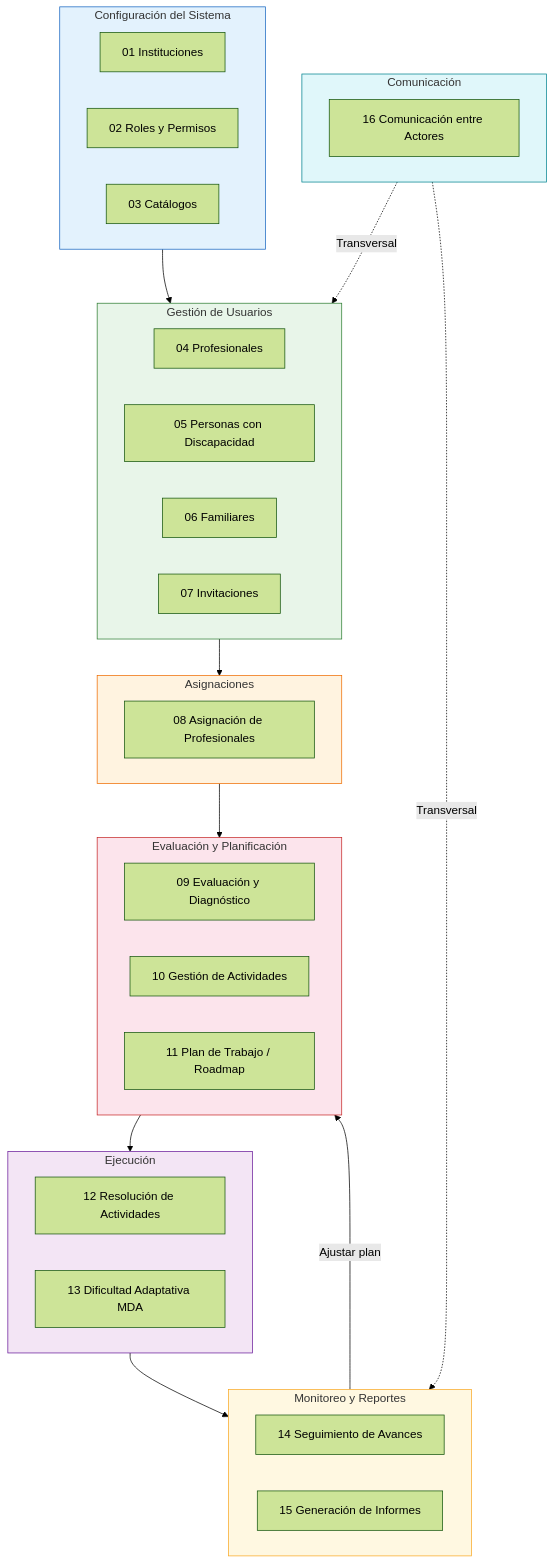
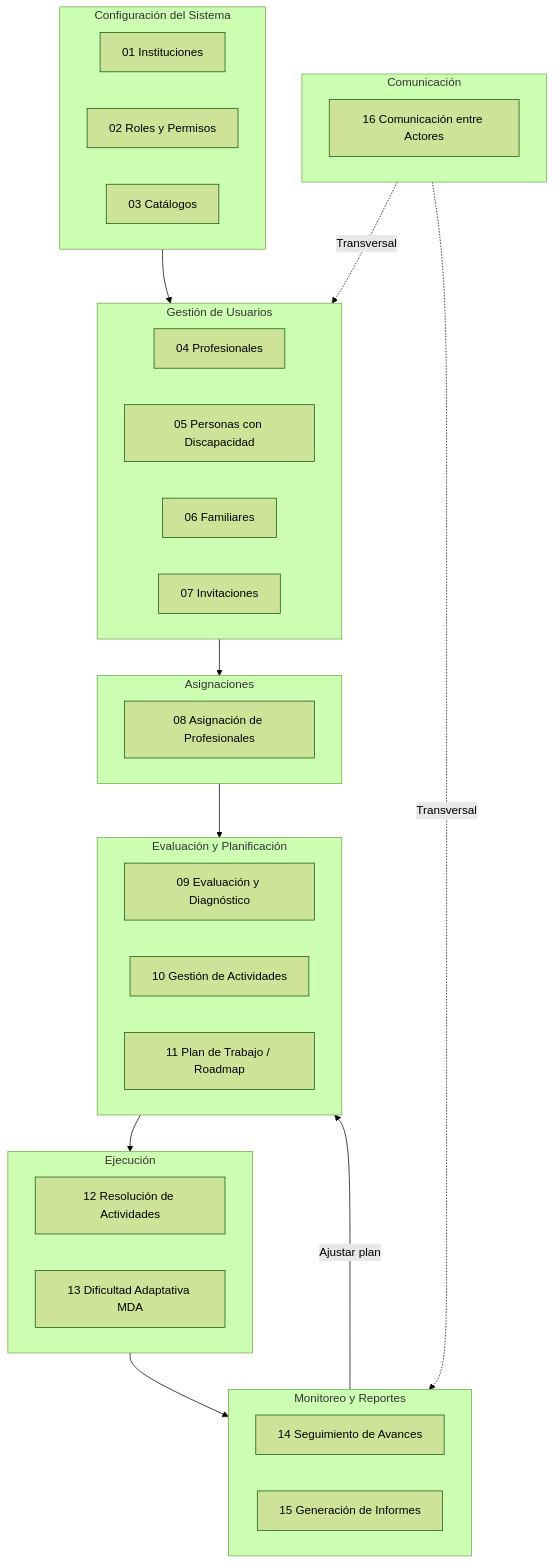
One commit to Sacha-html/InclusiON changed the first of 6 diagrams in Process/00-mapa-global-procesos.md. Above: the diagram before and after it, drawn with Mermaid (forest theme). The commit also changed other lines of this file and 32 other files, not shown here.

First line of the commit message:
Add context diagram, data dictionary, and glossary for InclusiON system

````diff
--- a/Process/00-mapa-global-procesos.md
+++ b/Process/00-mapa-global-procesos.md
@@ -7,56 +7,49 @@
 ```mermaid
 flowchart TB
     subgraph CONFIG["Configuración del Sistema"]
         P01[01 Instituciones]
         P02[02 Roles y Permisos]
         P03[03 Catálogos]
     end
 
     subgraph USUARIOS["Gestión de Usuarios"]
         P04[04 Profesionales]
         P05[05 Personas con Discapacidad]
         P06[06 Familiares]
         P07[07 Invitaciones]
     end
 
     subgraph ASIG["Asignaciones"]
         P08[08 Asignación de Profesionales]
     end
 
     subgraph EVAL["Evaluación y Planificación"]
         P09[09 Evaluación y Diagnóstico]
         P10[10 Gestión de Actividades]
         P11[11 Plan de Trabajo / Roadmap]
     end
 
     subgraph EJEC["Ejecución"]
         P12[12 Resolución de Actividades]
         P13[13 Dificultad Adaptativa MDA]
     end
 
     subgraph MONIT["Monitoreo y Reportes"]
         P14[14 Seguimiento de Avances]
         P15[15 Generación de Informes]
     end
 
     subgraph COM["Comunicación"]
         P16[16 Comunicación entre Actores]
     end
 
     CONFIG --> USUARIOS
     USUARIOS --> ASIG
     ASIG --> EVAL
     EVAL --> EJEC
     EJEC --> MONIT
     MONIT -->|Ajustar plan| EVAL
     COM -.->|Transversal| USUARIOS
     COM -.->|Transversal| MONIT
 
-    style CONFIG fill:#e3f2fd,stroke:#1565c0
-    style USUARIOS fill:#e8f5e9,stroke:#2e7d32
-    style ASIG fill:#fff3e0,stroke:#ef6c00
-    style EVAL fill:#fce4ec,stroke:#c62828
-    style EJEC fill:#f3e5f5,stroke:#6a1b9a
-    style MONIT fill:#fff8e1,stroke:#f9a825
-    style COM fill:#e0f7fa,stroke:#00838f
 ```
````
